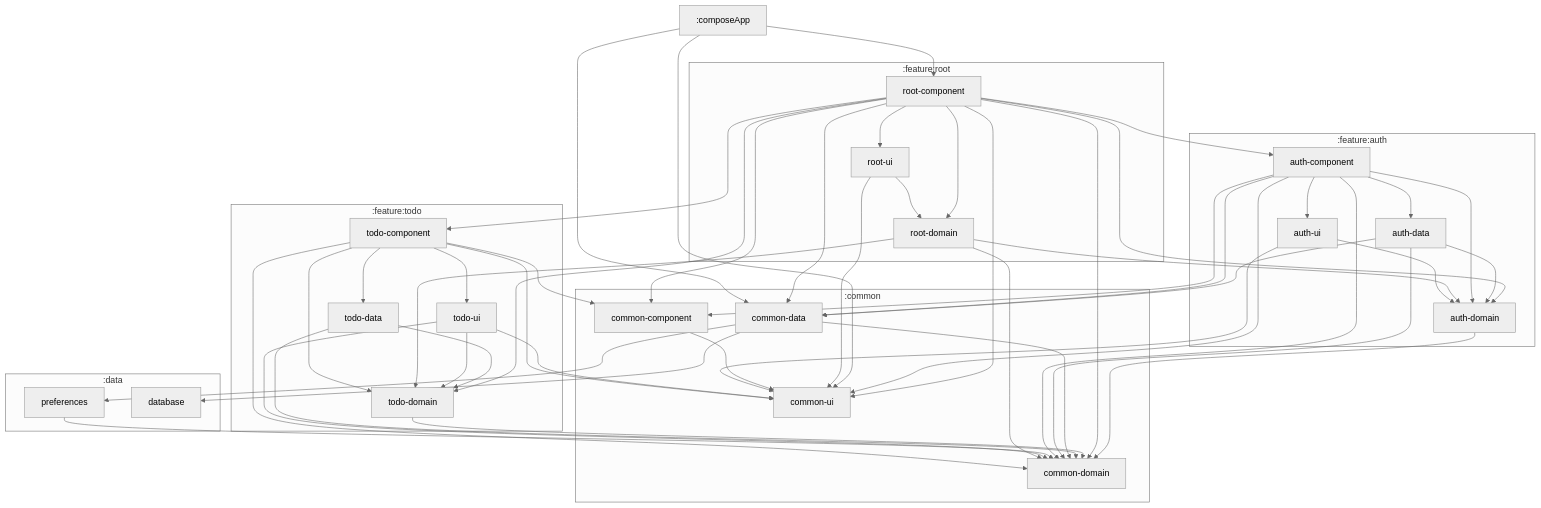
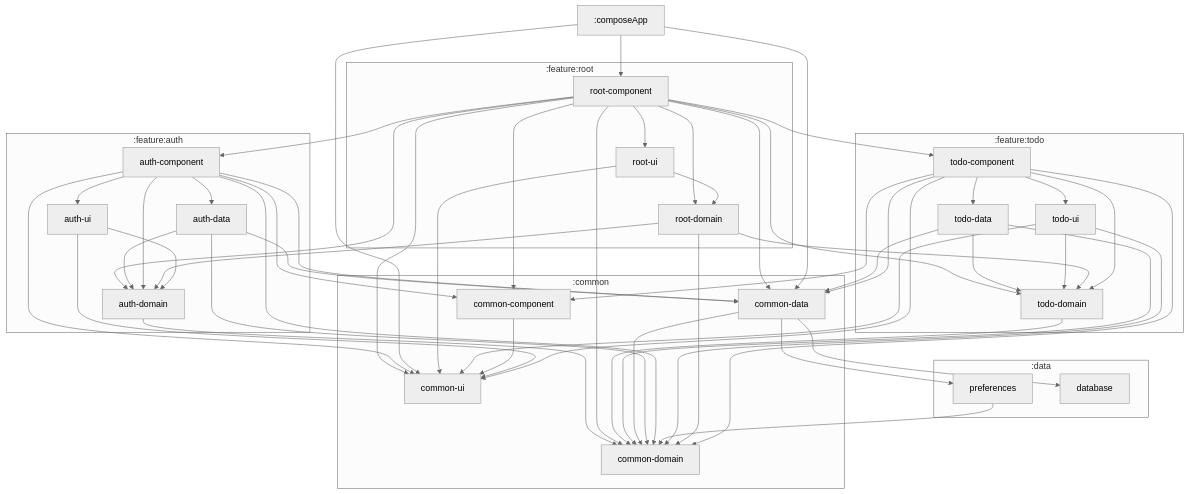
The diagram in README.MD (VasilyRylov/architecture-samples), drawn with Mermaid before and after one commit.

Commit message:
Update modules graph

```diff
--- a/README.MD
+++ b/README.MD
@@ -63,6 +63,7 @@
   :feature:todo:todo-component --> :common:common-component
   :feature:todo:todo-component --> :common:common-domain
   :feature:todo:todo-component --> :common:common-ui
+  :feature:todo:todo-component --> :common:common-data
   :feature:auth:auth-ui --> :common:common-ui
   :feature:auth:auth-ui --> :feature:auth:auth-domain
   :feature:root:root-domain --> :common:common-domain
@@ -93,6 +94,7 @@
   :common:common-data --> :common:common-domain
   :feature:todo:todo-data --> :feature:todo:todo-domain
   :feature:todo:todo-data --> :common:common-domain
+  :feature:todo:todo-data --> :common:common-data
   :feature:todo:todo-domain --> :common:common-domain
   :feature:root:root-component --> :feature:root:root-ui
   :feature:root:root-component --> :feature:root:root-domain
```
